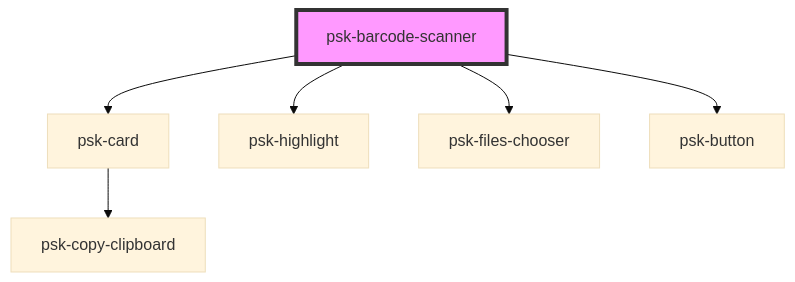
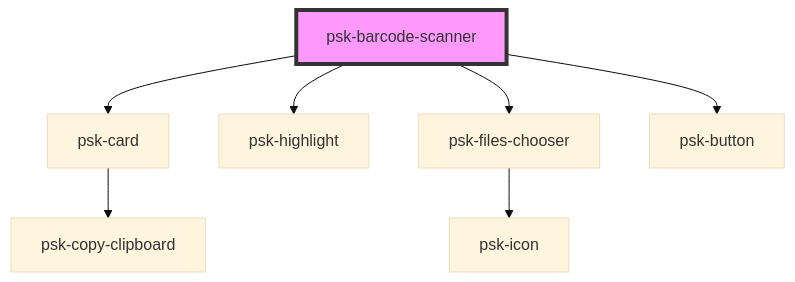
The diagram in src/components/psk-barcode/psk-barcode-scanner/readme.md (daniel-visoiu/cardinal), drawn with Mermaid (base theme) before and after one commit. The commit also changed 2 other files, not shown here.

Commit message:
psk-files-chooser
readme updates after build --docs

````diff
--- a/src/components/psk-barcode/psk-barcode-scanner/readme.md
+++ b/src/components/psk-barcode/psk-barcode-scanner/readme.md
@@ -28,9 +28,10 @@
 ```mermaid
 graph TD;
   psk-barcode-scanner --> psk-card
   psk-barcode-scanner --> psk-highlight
   psk-barcode-scanner --> psk-files-chooser
   psk-barcode-scanner --> psk-button
   psk-card --> psk-copy-clipboard
+  psk-files-chooser --> psk-icon
   style psk-barcode-scanner fill:#f9f,stroke:#333,stroke-width:4px
 ```
````
